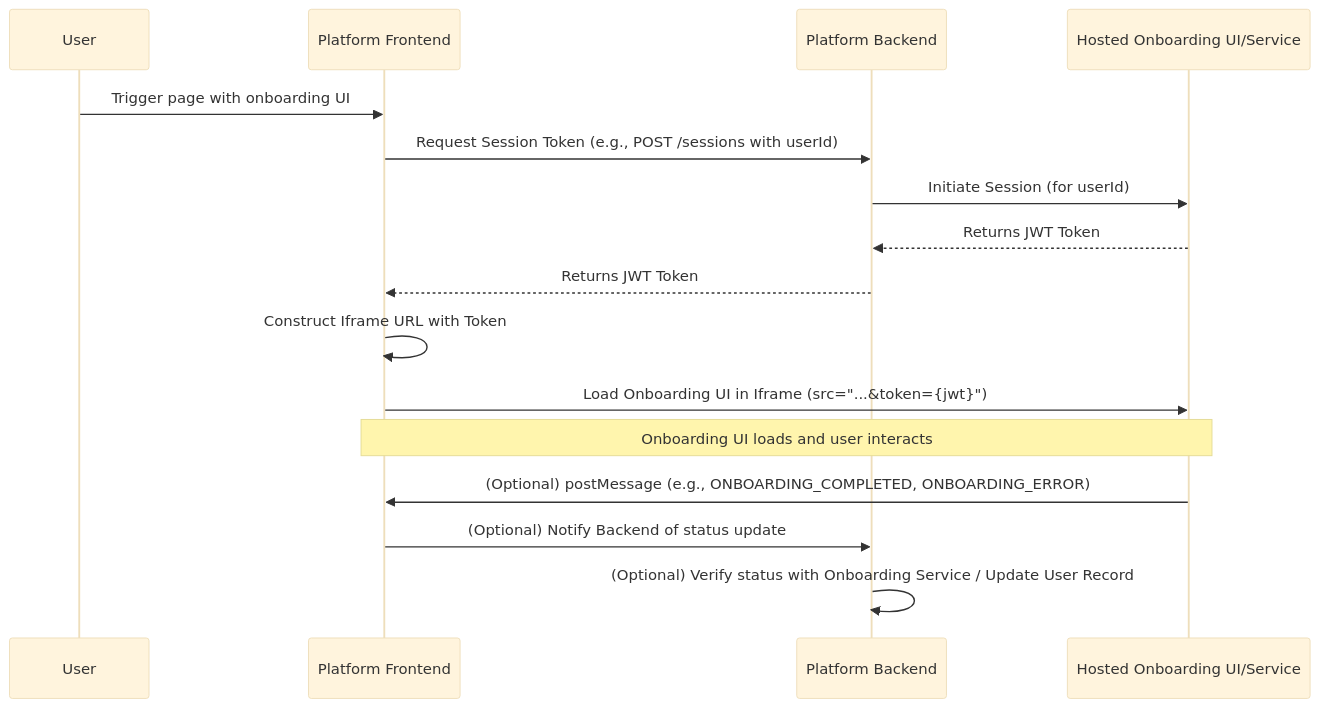
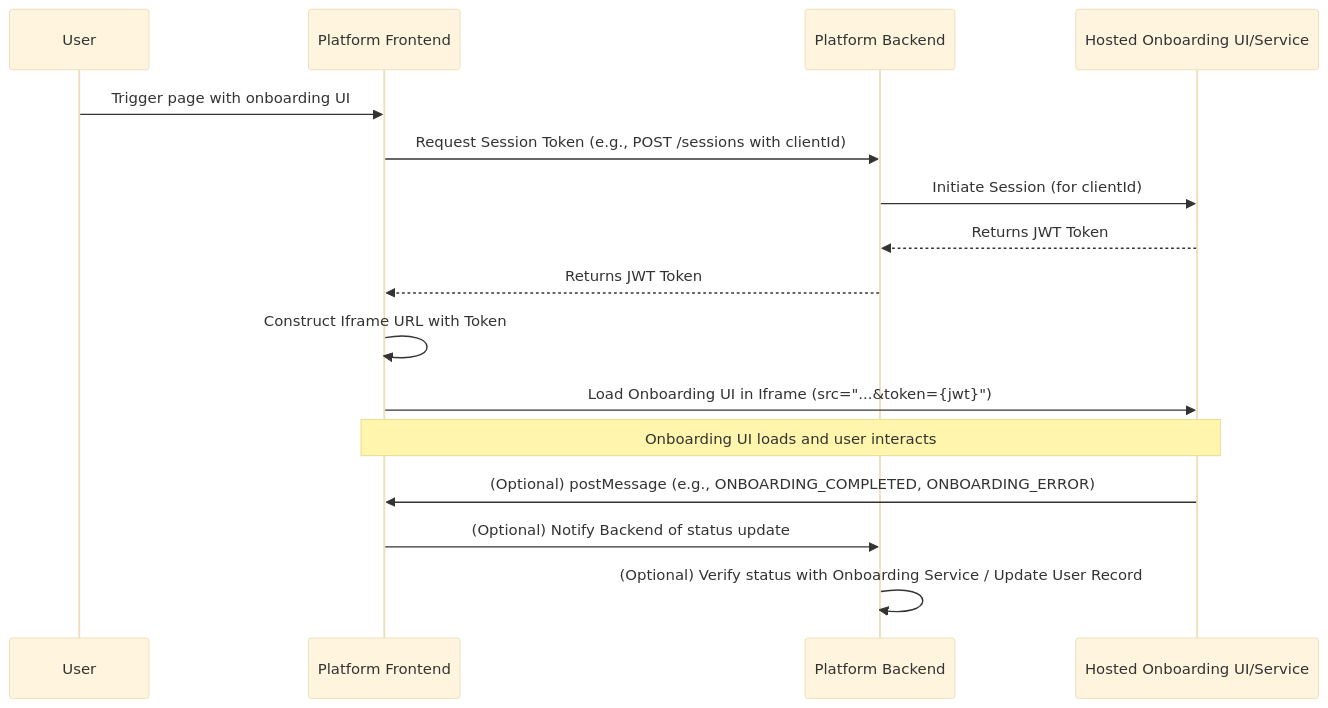
One commit to jpmorgan-payments/embedded-finance changed the diagram in app/client/src/docs/PARTIALLY_HOSTED_ONBOARDING_INTEGRATION_GUIDE.md. Above: the diagram before and after it, drawn with Mermaid (base theme). The commit also changed other lines of this file, not shown here.

Commit message:
docs: update onboarding integration guide to reflect clientId usage in session token requests

````diff
--- a/app/client/src/docs/PARTIALLY_HOSTED_ONBOARDING_INTEGRATION_GUIDE.md
+++ b/app/client/src/docs/PARTIALLY_HOSTED_ONBOARDING_INTEGRATION_GUIDE.md
@@ -61,19 +61,19 @@
 ```mermaid
 sequenceDiagram
     participant User
     participant PlatformFrontend as Platform Frontend
     participant PlatformBackend as Platform Backend
     participant OnboardingService as Hosted Onboarding UI/Service
 
     User->>PlatformFrontend: Trigger page with onboarding UI
-    PlatformFrontend->>PlatformBackend: Request Session Token (e.g., POST /sessions with userId)
-    PlatformBackend->>OnboardingService: Initiate Session (for userId)
+    PlatformFrontend->>PlatformBackend: Request Session Token (e.g., POST /sessions with clientId)
+    PlatformBackend->>OnboardingService: Initiate Session (for clientId)
     OnboardingService-->>PlatformBackend: Returns JWT Token
     PlatformBackend-->>PlatformFrontend: Returns JWT Token
     PlatformFrontend->>PlatformFrontend: Construct Iframe URL with Token
     PlatformFrontend->>OnboardingService: Load Onboarding UI in Iframe (src="...&token={jwt}")
     Note over OnboardingService, PlatformFrontend: Onboarding UI loads and user interacts
     OnboardingService->>PlatformFrontend: (Optional) postMessage (e.g., ONBOARDING_COMPLETED, ONBOARDING_ERROR)
     PlatformFrontend->>PlatformBackend: (Optional) Notify Backend of status update
     PlatformBackend->>PlatformBackend: (Optional) Verify status with Onboarding Service / Update User Record
 ```
````
